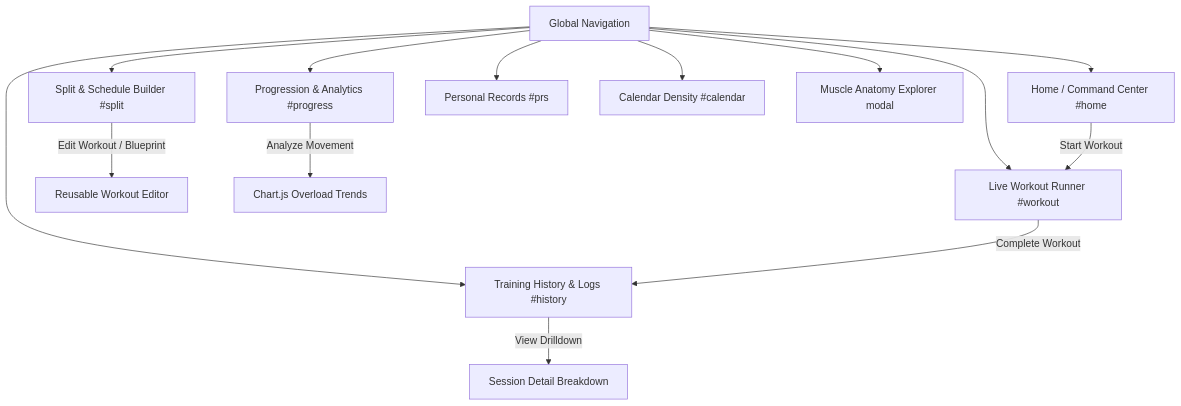
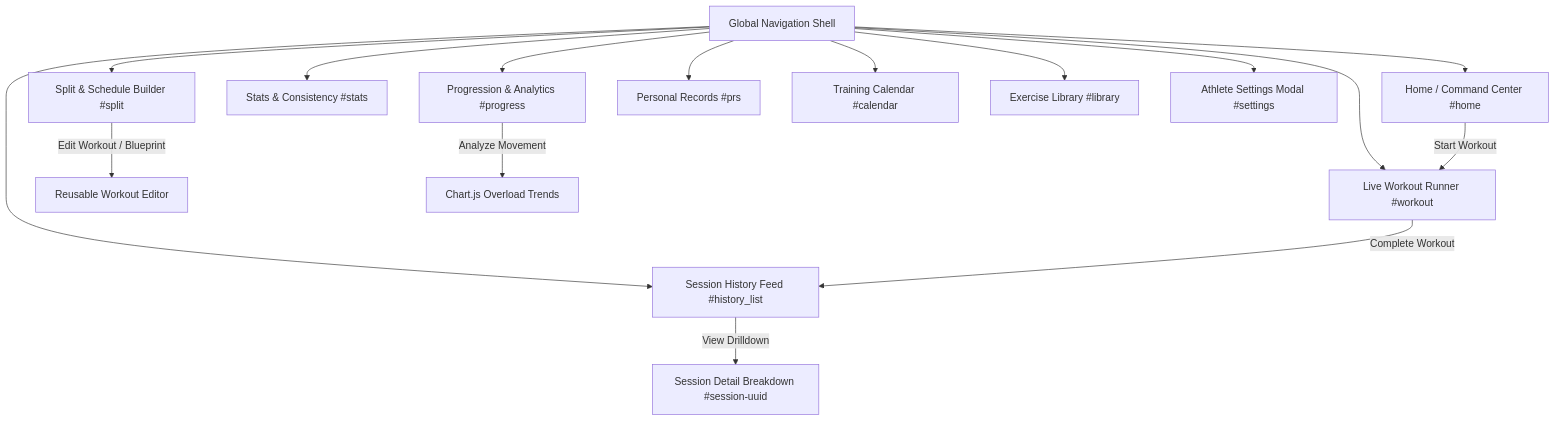
Before and after one commit to mothesandeep/CalistheniX: the diagram in appflow.md, drawn with Mermaid. The commit also changed other lines of this file and 63 other files, not shown here.

Commit message:
feat(data): implement full demo dataset, stats calculations, and settings lifecycle

````diff
--- a/appflow.md
+++ b/appflow.md
@@ -11,17 +11,19 @@
 ```mermaid
 flowchart TD
-    A[Global Navigation] --> B[Home / Command Center #home]
+    A[Global Navigation Shell] --> B[Home / Command Center #home]
     A --> C[Live Workout Runner #workout]
     A --> D[Split & Schedule Builder #split]
-    A --> E[Training History & Logs #history]
+    A --> E[Stats & Consistency #stats]
     A --> F[Progression & Analytics #progress]
     A --> G[Personal Records #prs]
-    A --> H[Calendar Density #calendar]
-    A --> I[Muscle Anatomy Explorer modal]
+    A --> H[Training Calendar #calendar]
+    A --> I[Exercise Library #library]
+    A --> J[Session History Feed #history_list]
+    A --> K[Athlete Settings Modal #settings]
 
     B -->|Start Workout| C
-    C -->|Complete Workout| E
-    E -->|View Drilldown| J[Session Detail Breakdown]
-    D -->|Edit Workout / Blueprint| K[Reusable Workout Editor]
-    F -->|Analyze Movement| L[Chart.js Overload Trends]
+    C -->|Complete Workout| J
+    J -->|View Drilldown| L[Session Detail Breakdown #session-uuid]
+    D -->|Edit Workout / Blueprint| M[Reusable Workout Editor]
+    F -->|Analyze Movement| N[Chart.js Overload Trends]
 ```
````
